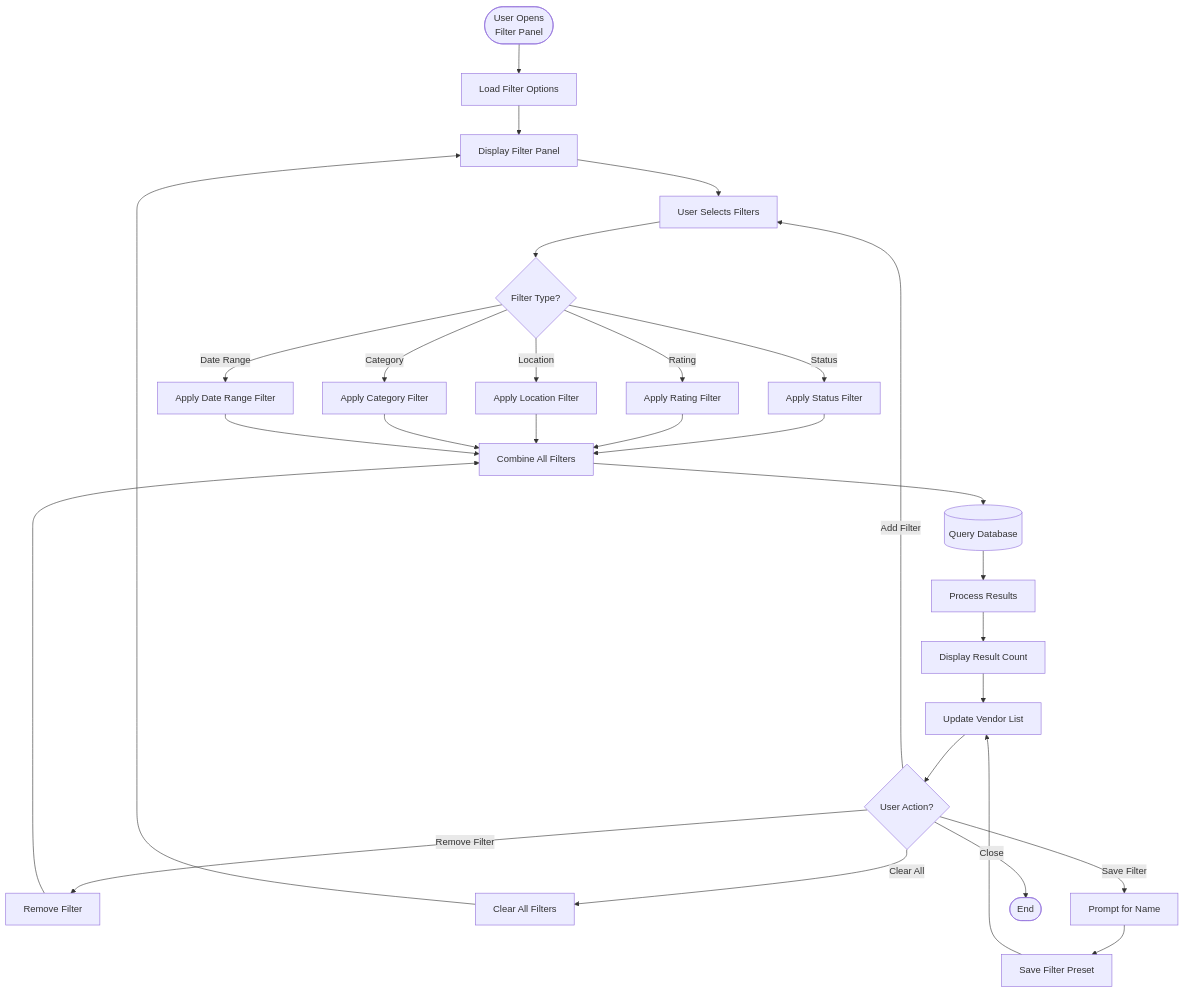
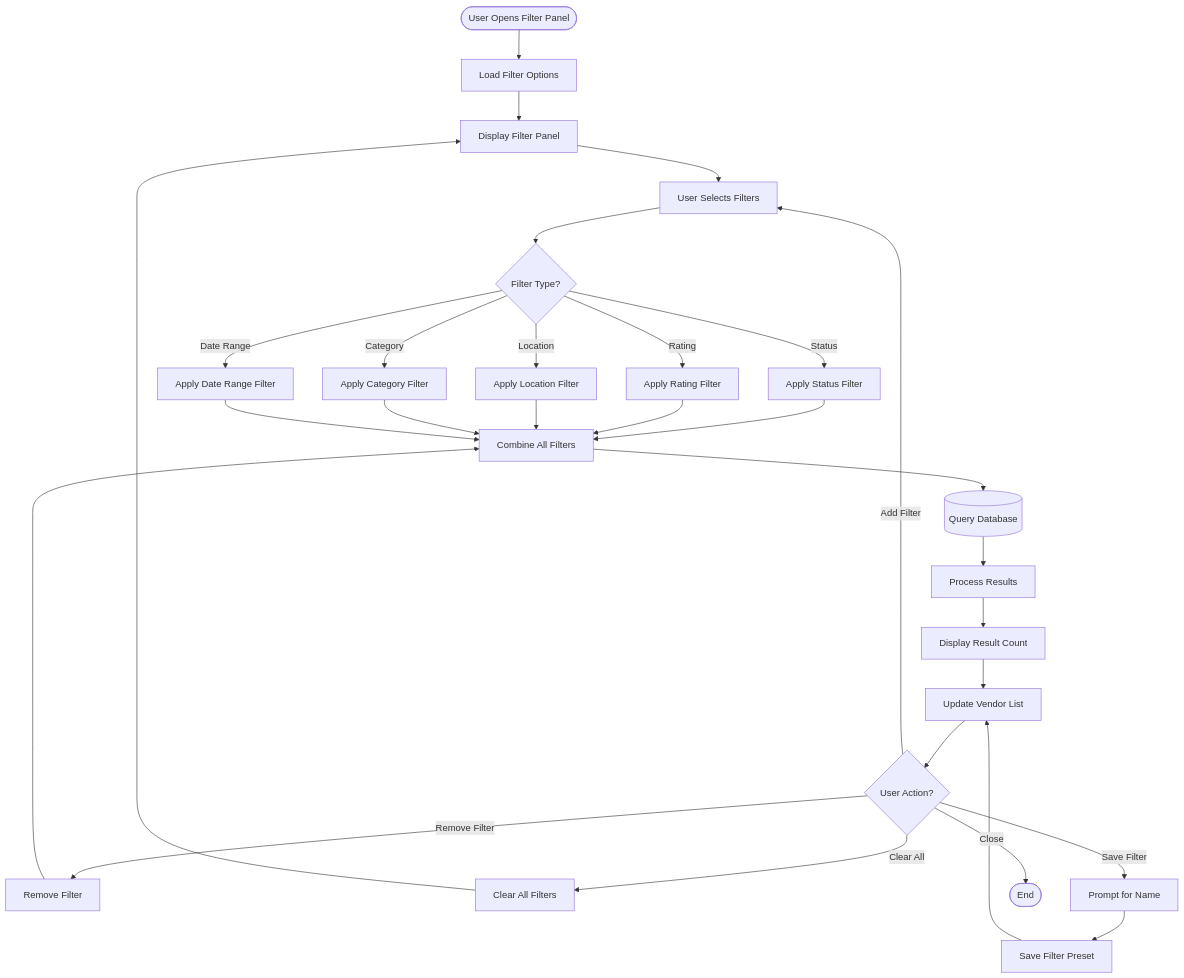
Before and after one commit to CarmenSoftware-organization/carmen: the ninth of 24 diagrams in docs/app/vendor-management/vendor-directory/FD-vendor-directory.md, drawn with Mermaid. The commit also changed other lines of this file and 1788 other files, not shown here.

````diff
--- a/docs/app/vendor-management/vendor-directory/FD-vendor-directory.md
+++ b/docs/app/vendor-management/vendor-directory/FD-vendor-directory.md
@@ -391,39 +401,39 @@
 ```mermaid
 flowchart TD
-    Start([User Opens<br/>Filter Panel]) --> LoadFilters[Load Filter Options]
+    Start([User Opens Filter Panel]) --> LoadFilters[Load Filter Options]
     LoadFilters --> DisplayPanel[Display Filter Panel]
 
     DisplayPanel --> UserSelects[User Selects Filters]
     UserSelects --> FilterType{Filter Type?}
 
     FilterType -->|Status| StatusFilter[Apply Status Filter]
     FilterType -->|Rating| RatingFilter[Apply Rating Filter]
     FilterType -->|Location| LocationFilter[Apply Location Filter]
     FilterType -->|Category| CategoryFilter[Apply Category Filter]
     FilterType -->|Date Range| DateFilter[Apply Date Range Filter]
 
     StatusFilter --> CombineFilters
     RatingFilter --> CombineFilters
     LocationFilter --> CombineFilters
     CategoryFilter --> CombineFilters
     DateFilter --> CombineFilters[Combine All Filters]
 
     CombineFilters --> QueryDB[(Query Database)]
     QueryDB --> ProcessResults[Process Results]
     ProcessResults --> DisplayCount[Display Result Count]
     DisplayCount --> UpdateUI[Update Vendor List]
 
     UpdateUI --> UserAction{User Action?}
     UserAction -->|Add Filter| UserSelects
     UserAction -->|Remove Filter| RemoveFilter[Remove Filter]
     RemoveFilter --> CombineFilters
 
     UserAction -->|Clear All| ClearFilters[Clear All Filters]
     ClearFilters --> DisplayPanel
 
     UserAction -->|Save Filter| SaveFilterPrompt[Prompt for Name]
     SaveFilterPrompt --> SaveFilter[Save Filter Preset]
     SaveFilter --> UpdateUI
 
     UserAction -->|Close| End([End])
 ```
````
